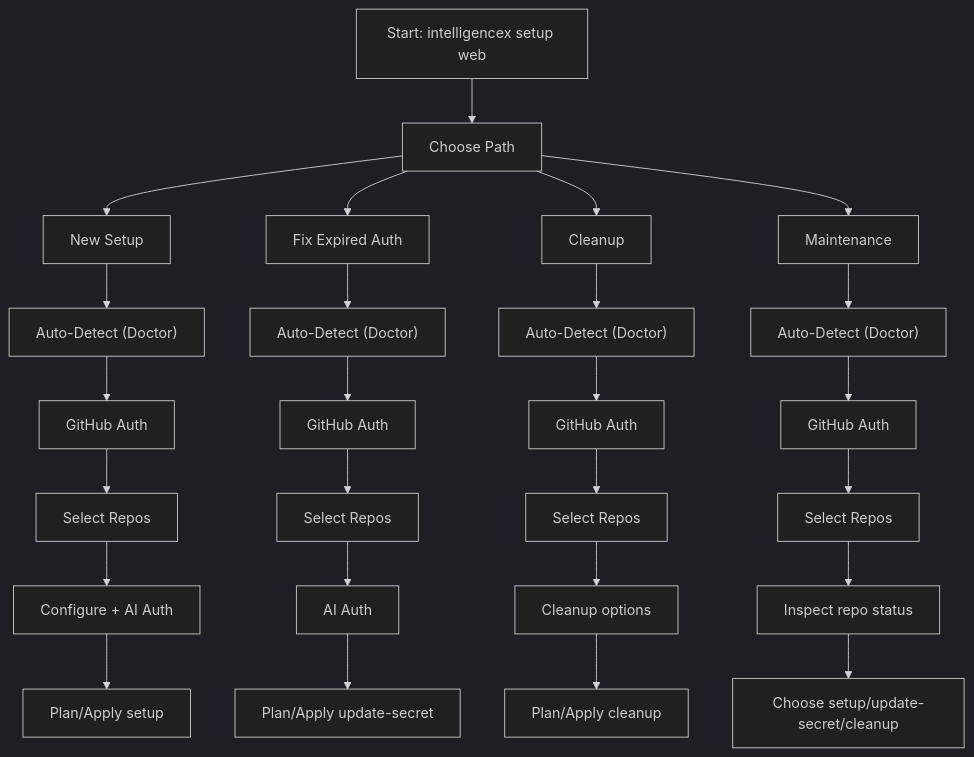
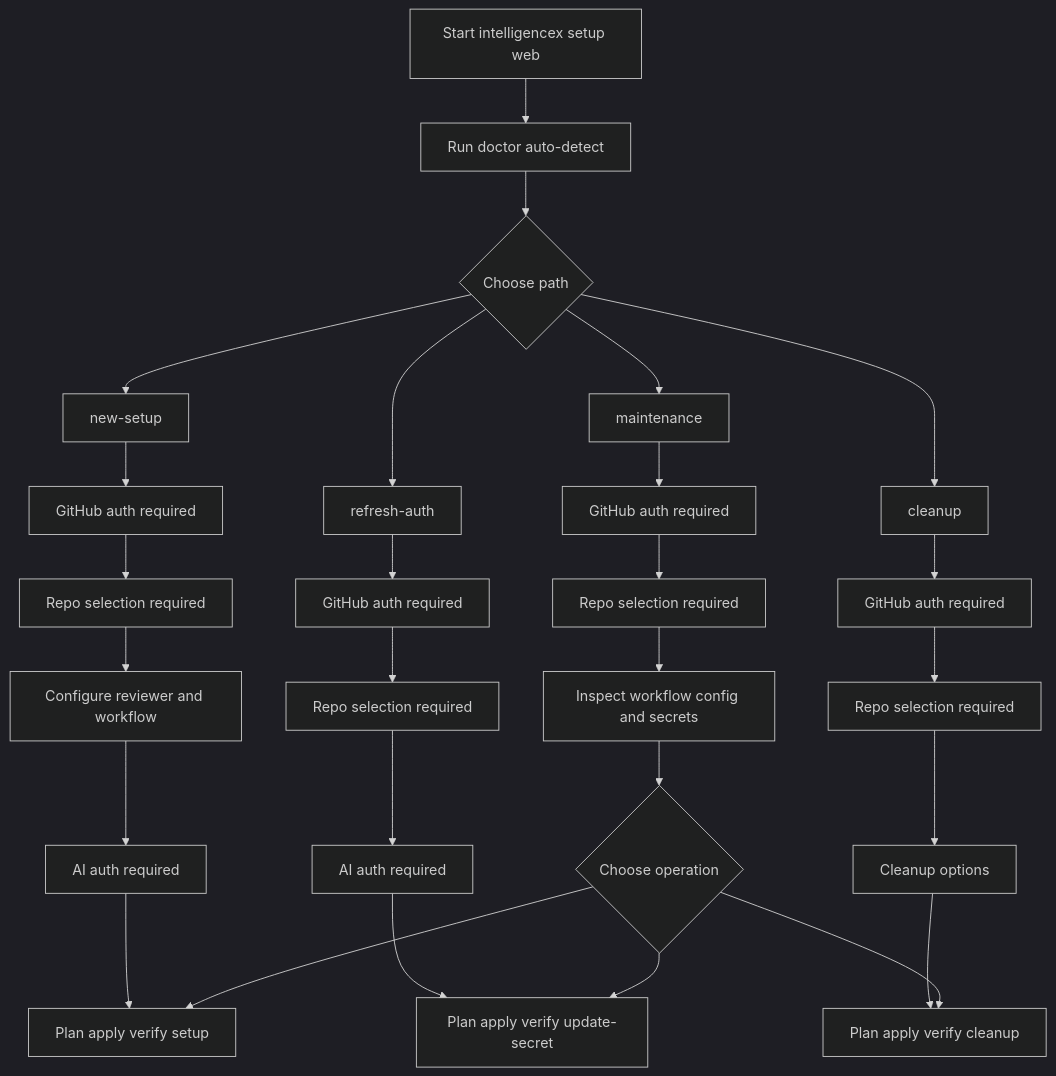
One commit to EvotecIT/IntelligenceX changed the first of 2 diagrams in Docs/reviewer/web-onboarding.md. Above: the diagram before and after it, drawn with Mermaid (dark theme). The commit also changed other lines of this file and 10 other files, not shown here.

Commit message:
Centralize onboarding path metadata in web setup flow

````diff
--- a/Docs/reviewer/web-onboarding.md
+++ b/Docs/reviewer/web-onboarding.md
@@ -17,32 +18,33 @@
 ```mermaid
 flowchart TD
-  A["Start: intelligencex setup web"] --> B["Choose Path"]
-  B --> C["New Setup"]
-  B --> D["Fix Expired Auth"]
-  B --> E["Cleanup"]
-  B --> F["Maintenance"]
+  A["Start intelligencex setup web"] --> B["Run doctor auto-detect"]
+  B --> C{"Choose path"}
 
-  C --> C1["Auto-Detect (Doctor)"]
-  C1 --> C2["GitHub Auth"]
-  C2 --> C3["Select Repos"]
-  C3 --> C4["Configure + AI Auth"]
-  C4 --> C5["Plan/Apply setup"]
+  C --> D["new-setup"]
+  D --> D1["GitHub auth required"]
+  D1 --> D2["Repo selection required"]
+  D2 --> D3["Configure reviewer and workflow"]
+  D3 --> D4["AI auth required"]
+  D4 --> D5["Plan apply verify setup"]
 
-  D --> D1["Auto-Detect (Doctor)"]
-  D1 --> D2["GitHub Auth"]
-  D2 --> D3["Select Repos"]
-  D3 --> D4["AI Auth"]
-  D4 --> D5["Plan/Apply update-secret"]
+  C --> E["refresh-auth"]
+  E --> E1["GitHub auth required"]
+  E1 --> E2["Repo selection required"]
+  E2 --> E3["AI auth required"]
+  E3 --> E4["Plan apply verify update-secret"]
 
-  E --> E1["Auto-Detect (Doctor)"]
-  E1 --> E2["GitHub Auth"]
-  E2 --> E3["Select Repos"]
-  E3 --> E4["Cleanup options"]
-  E4 --> E5["Plan/Apply cleanup"]
+  C --> F["cleanup"]
+  F --> F1["GitHub auth required"]
+  F1 --> F2["Repo selection required"]
+  F2 --> F3["Cleanup options"]
+  F3 --> F4["Plan apply verify cleanup"]
 
-  F --> F1["Auto-Detect (Doctor)"]
-  F1 --> F2["GitHub Auth"]
-  F2 --> F3["Select Repos"]
-  F3 --> F4["Inspect repo status"]
-  F4 --> F5["Choose setup/update-secret/cleanup"]
+  C --> G["maintenance"]
+  G --> G1["GitHub auth required"]
+  G1 --> G2["Repo selection required"]
+  G2 --> G3["Inspect workflow config and secrets"]
+  G3 --> G4{"Choose operation"}
+  G4 --> D5
+  G4 --> E4
+  G4 --> F4
 ```
````
